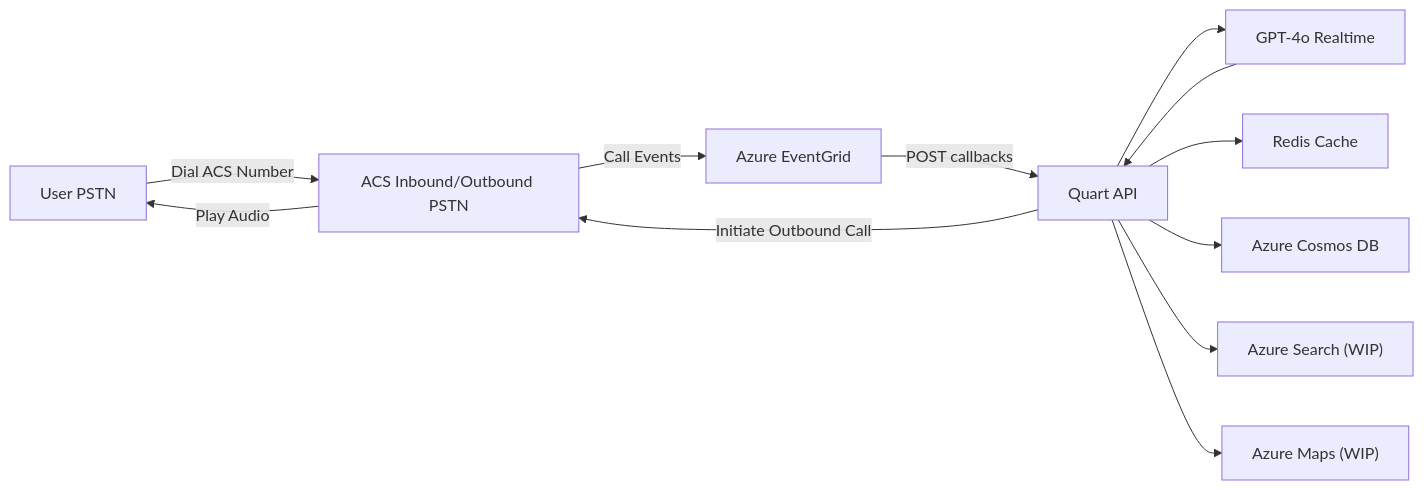
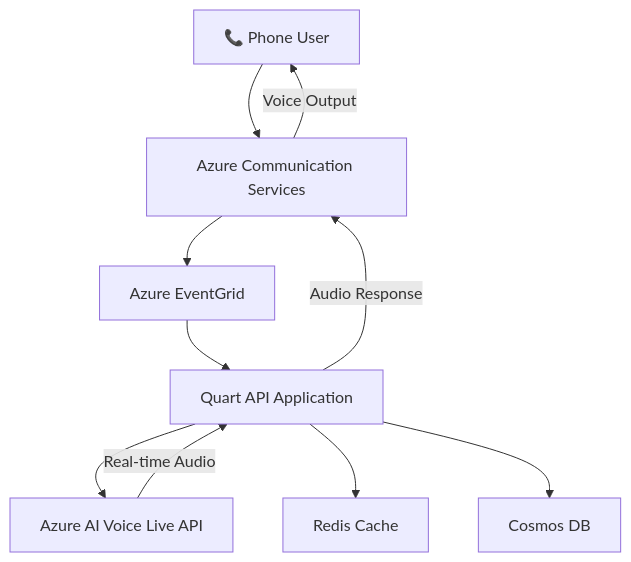
The diagram in readme.md (abs0914/acs-azopenai-voice-integration), drawn with Mermaid before and after one commit. The commit also changed other lines of this file and 5 other files, not shown here.

Commit message:
Remove outdated documentation and setup guides for Azure AI Voice Live integration; consolidate information into a comprehensive README with updated architecture, deployment instructions, and troubleshooting steps.

````diff
--- a/readme.md
+++ b/readme.md
@@ -108,24 +69,13 @@
 ```mermaid
-flowchart LR
-    U["User PSTN"]
-    ACS["ACS Inbound/Outbound PSTN"]
-    EG["Azure EventGrid"]
-    Q["Quart API"]
-    G["GPT-4o Realtime"]
-    R["Redis Cache"]
-    DB["Azure Cosmos DB"]
-    S["Azure Search (WIP)"]
-    M["Azure Maps (WIP)"]
+flowchart TB
+    U[📞 Phone User] --> ACS[Azure Communication Services]
+    ACS --> EG[Azure EventGrid]
+    EG --> API[Quart API Application]
+    API --> VL[Azure AI Voice Live API]
+    API --> Cache[Redis Cache]
+    API --> DB[Cosmos DB]
     
-    U -->|Dial ACS Number| ACS
-    Q -->|Initiate Outbound Call| ACS
-    ACS -->|Call Events| EG
-    EG -->|POST callbacks| Q
-    Q --> G
-    G --> Q
-    Q --> R
-    Q --> DB
-    Q --> S
-    Q --> M
-    ACS -->|Play Audio| U
+    VL --> |Real-time Audio| API
+    API --> |Audio Response| ACS
+    ACS --> |Voice Output| U
 ```
````
